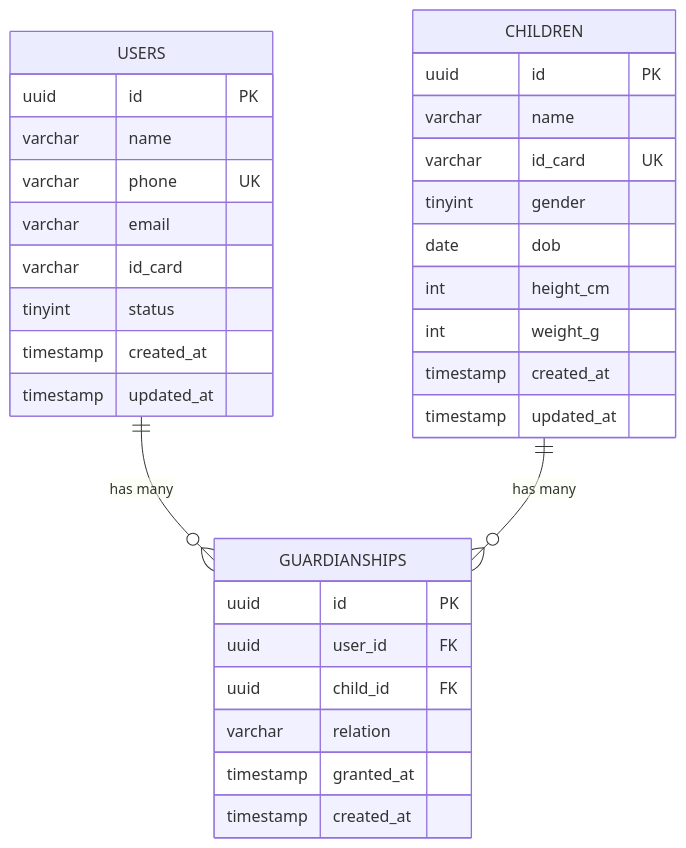
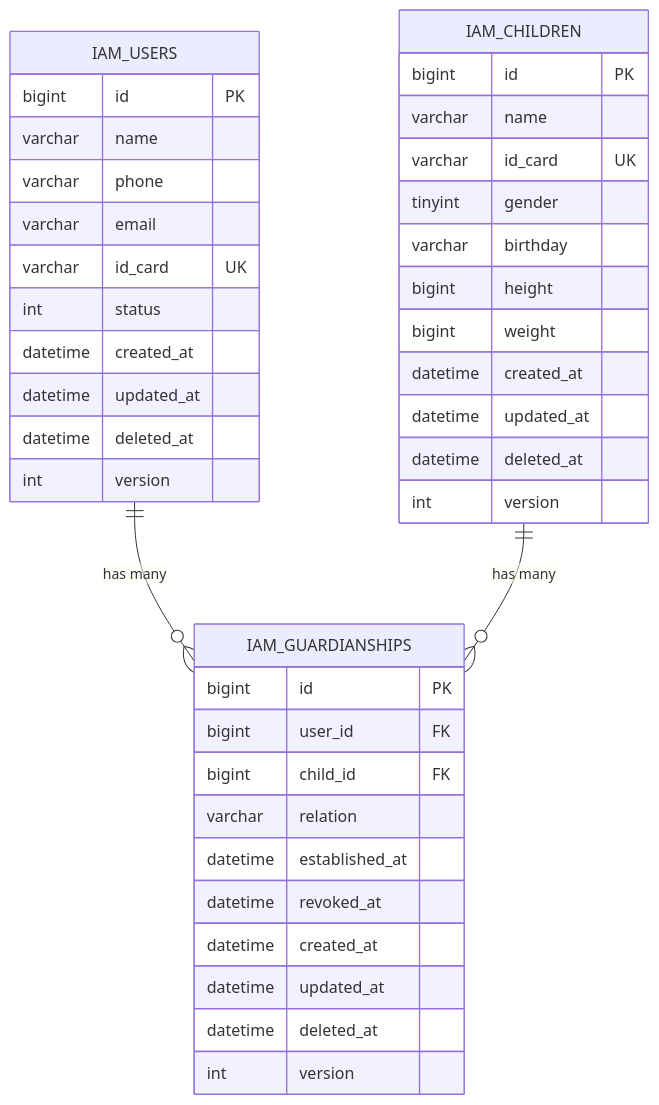
Before and after one commit to FangcunMount/iam-contracts: the diagram in docs/modules/uc/DATA_MODELS.md, drawn with Mermaid. The commit also changed other lines of this file and 4 other files, not shown here.

````diff
--- a/docs/modules/uc/DATA_MODELS.md
+++ b/docs/modules/uc/DATA_MODELS.md
@@ -13,37 +13,45 @@
 ```mermaid
 erDiagram
-    USERS ||--o{ GUARDIANSHIPS : "has many"
-    CHILDREN ||--o{ GUARDIANSHIPS : "has many"
+    IAM_USERS ||--o{ IAM_GUARDIANSHIPS : "has many"
+    IAM_CHILDREN ||--o{ IAM_GUARDIANSHIPS : "has many"
     
-    USERS {
-        uuid id PK
+    IAM_USERS {
+        bigint id PK
         varchar name
-        varchar phone UK
+        varchar phone
         varchar email
-        varchar id_card
-        tinyint status
-        timestamp created_at
-        timestamp updated_at
+        varchar id_card UK
+        int status
+        datetime created_at
+        datetime updated_at
+        datetime deleted_at
+        int version
     }
     
-    CHILDREN {
-        uuid id PK
+    IAM_CHILDREN {
+        bigint id PK
         varchar name
         varchar id_card UK
         tinyint gender
-        date dob
-        int height_cm
-        int weight_g
-        timestamp created_at
-        timestamp updated_at
+        varchar birthday
+        bigint height
+        bigint weight
+        datetime created_at
+        datetime updated_at
+        datetime deleted_at
+        int version
     }
     
-    GUARDIANSHIPS {
-        uuid id PK
-        uuid user_id FK
-        uuid child_id FK
+    IAM_GUARDIANSHIPS {
+        bigint id PK
+        bigint user_id FK
+        bigint child_id FK
         varchar relation
-        timestamp granted_at
-        timestamp created_at
+        datetime established_at
+        datetime revoked_at
+        datetime created_at
+        datetime updated_at
+        datetime deleted_at
+        int version
     }
 ```
````
